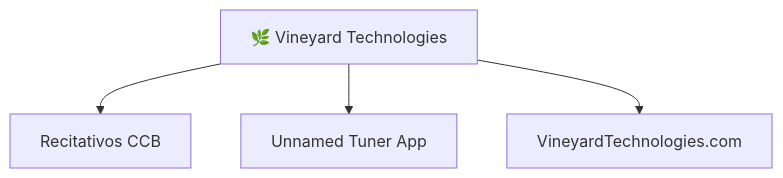
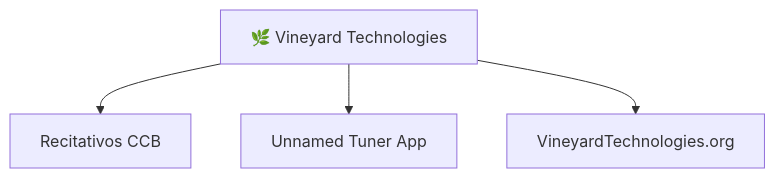
One commit to Vineyard-Technologies/.github changed the diagram in profile/README.md. Above: the diagram before and after it, drawn with Mermaid.

````diff
--- a/profile/README.md
+++ b/profile/README.md
@@ -36,6 +36,6 @@
 ```mermaid
 graph TD
     A[🌿 Vineyard Technologies] --> B[Recitativos CCB]
     A --> C[Unnamed Tuner App]
-    A --> D[VineyardTechnologies.com]
+    A --> D[VineyardTechnologies.org]
 ```
````
